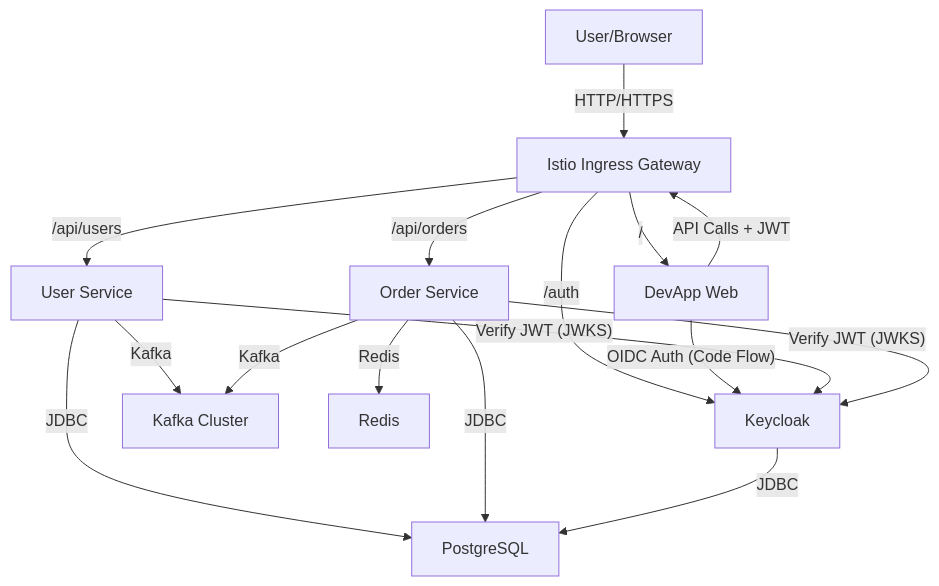
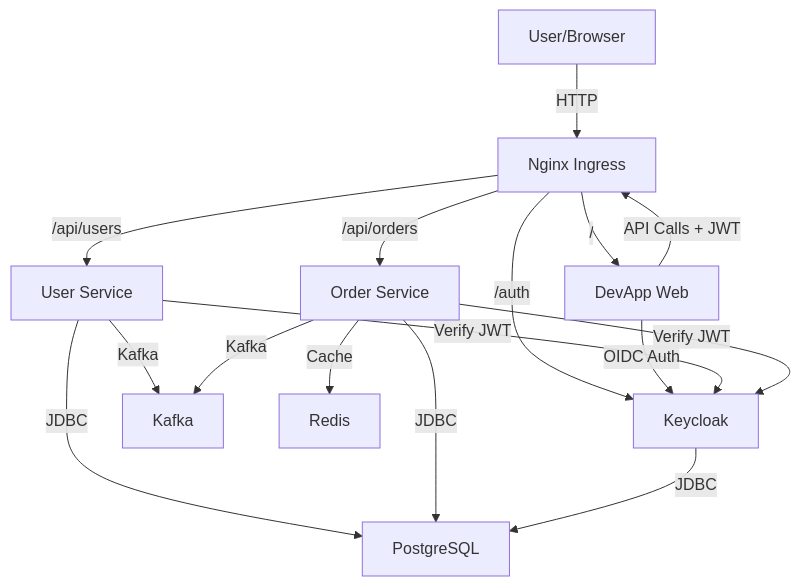
One commit to chefzaid/devapp changed the first of 2 diagrams in README.md. Above: the diagram before and after it, drawn with Mermaid. The commit also changed other lines of this file and 18 other files, not shown here.

````diff
--- a/README.md
+++ b/README.md
@@ -59,22 +54,22 @@
 ```mermaid
 graph TD
-    User[User/Browser] -->|HTTP/HTTPS| Ingress[Istio Ingress Gateway]
+    User[User/Browser] -->|HTTP| Ingress[Nginx Ingress]
     Ingress -->|/| Web[DevApp Web]
     Ingress -->|/api/users| UserApp[User Service]
     Ingress -->|/api/orders| OrderApp[Order Service]
     Ingress -->|/auth| Keycloak[Keycloak]
 
-    Web -- OIDC Auth (Code Flow) --> Keycloak
+    Web -- OIDC Auth --> Keycloak
     Web -- API Calls + JWT --> Ingress
 
-    UserApp -- Verify JWT (JWKS) --> Keycloak
-    OrderApp -- Verify JWT (JWKS) --> Keycloak
+    UserApp -- Verify JWT --> Keycloak
+    OrderApp -- Verify JWT --> Keycloak
 
-    UserApp -- Kafka --> Kafka[Kafka Cluster]
+    UserApp -- Kafka --> Kafka[Kafka]
     OrderApp -- Kafka --> Kafka
 
     UserApp -- JDBC --> Postgres[PostgreSQL]
     OrderApp -- JDBC --> Postgres
     Keycloak -- JDBC --> Postgres
-    OrderApp -- Redis --> Redis[Redis]
+    OrderApp -- Cache --> Redis[Redis]
 ```
````
